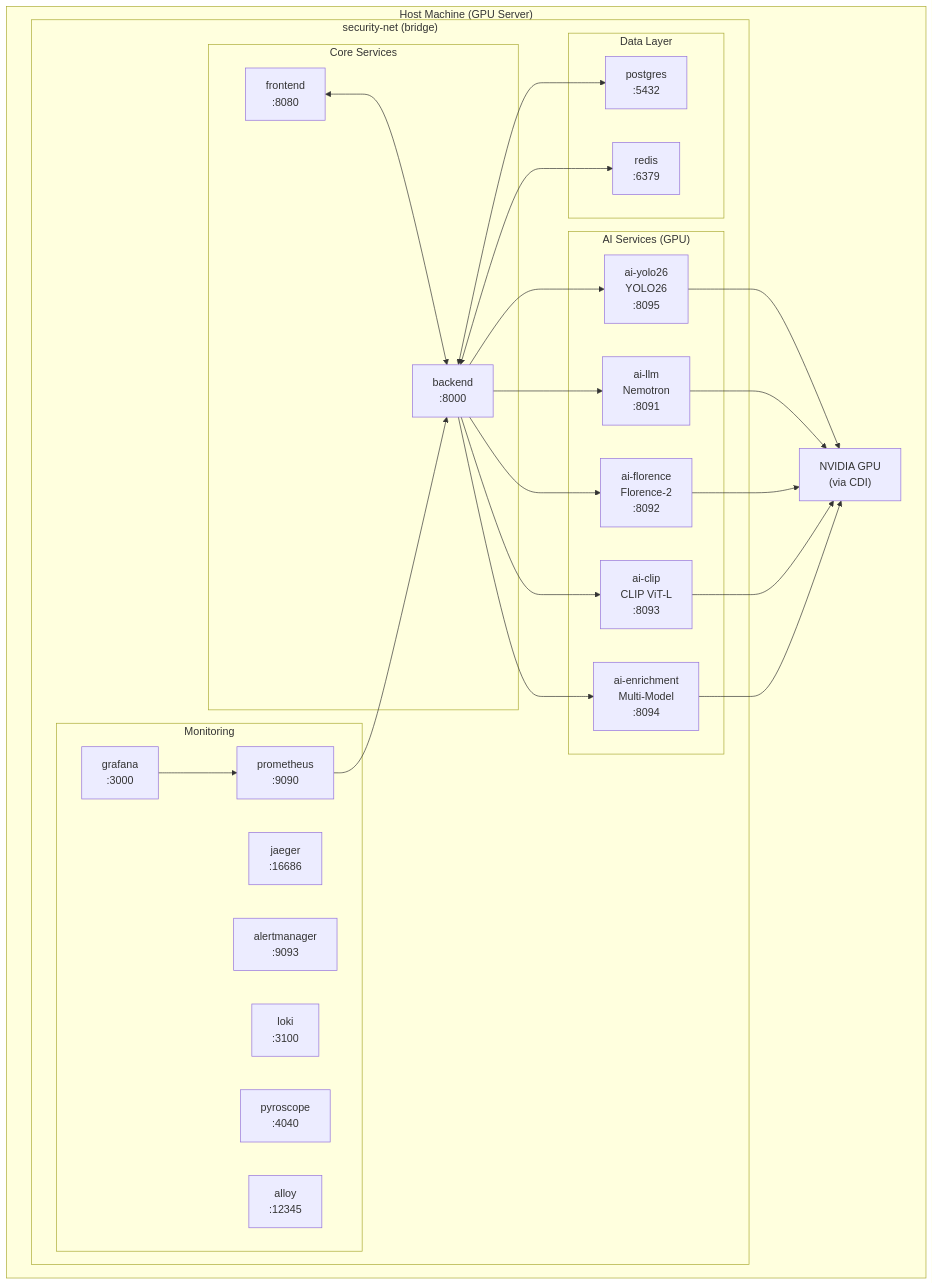
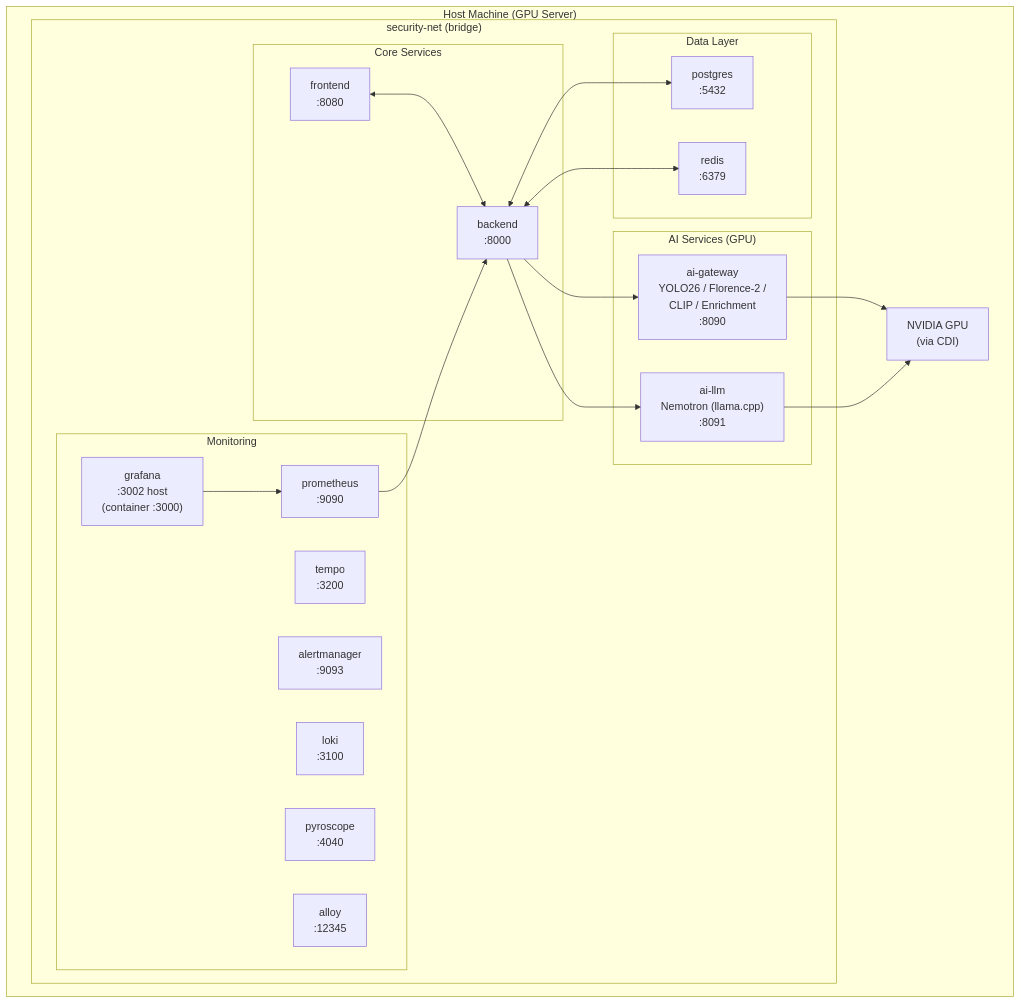
One commit to mikesvoboda/nemotron-v3-home-security-intelligence changed the first of 2 diagrams in docs/architecture/system-overview/deployment-topology.md. Above: the diagram before and after it, drawn with Mermaid. The commit also changed other lines of this file and 313 other files, not shown here.

````diff
--- a/docs/architecture/system-overview/deployment-topology.md
+++ b/docs/architecture/system-overview/deployment-topology.md
@@ -15,52 +15,43 @@
 ```mermaid
 flowchart TB
     subgraph Host["Host Machine (GPU Server)"]
         subgraph Network["security-net (bridge)"]
             subgraph Core["Core Services"]
                 FE["frontend<br/>:8080"]
                 BE["backend<br/>:8000"]
             end
 
             subgraph Data["Data Layer"]
                 PG["postgres<br/>:5432"]
                 RD["redis<br/>:6379"]
             end
 
             subgraph AI["AI Services (GPU)"]
-                DET["ai-yolo26<br/>YOLO26<br/>:8095"]
-                LLM["ai-llm<br/>Nemotron<br/>:8091"]
-                FLO["ai-florence<br/>Florence-2<br/>:8092"]
-                CLIP["ai-clip<br/>CLIP ViT-L<br/>:8093"]
-                ENR["ai-enrichment<br/>Multi-Model<br/>:8094"]
+                GW["ai-gateway<br/>YOLO26 / Florence-2 /<br/>CLIP / Enrichment<br/>:8090"]
+                LLM["ai-llm<br/>Nemotron (llama.cpp)<br/>:8091"]
             end
 
             subgraph Mon["Monitoring"]
                 PROM["prometheus<br/>:9090"]
-                GRAF["grafana<br/>:3000"]
-                JAEG["jaeger<br/>:16686"]
+                GRAF["grafana<br/>:3002 host<br/>(container :3000)"]
+                TEMPO["tempo<br/>:3200"]
                 ALERT["alertmanager<br/>:9093"]
                 LOKI["loki<br/>:3100"]
                 PYRO["pyroscope<br/>:4040"]
                 ALLOY["alloy<br/>:12345"]
             end
         end
 
         GPU["NVIDIA GPU<br/>(via CDI)"]
     end
 
     FE <--> BE
     BE <--> PG
     BE <--> RD
-    BE --> DET
+    BE --> GW
     BE --> LLM
-    BE --> FLO
-    BE --> CLIP
-    BE --> ENR
-    DET --> GPU
+    GW --> GPU
     LLM --> GPU
-    FLO --> GPU
-    CLIP --> GPU
-    ENR --> GPU
     PROM --> BE
     GRAF --> PROM
 ```
````
